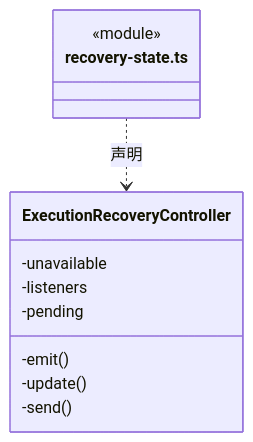
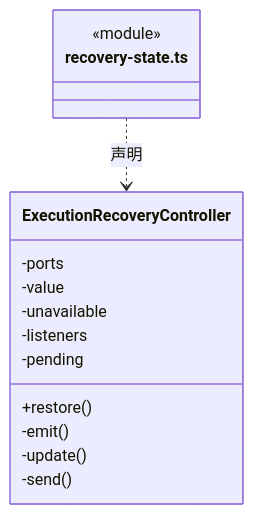
Diagram 26 of 56 in src/frontend/tasks/ARCHITECTURE.md (nan023062/cbim), drawn with Mermaid before and after one commit. The commit also changed other lines of this file and 21 other files, not shown here.

````diff
--- a/src/frontend/tasks/ARCHITECTURE.md
+++ b/src/frontend/tasks/ARCHITECTURE.md
@@ -558,15 +560,18 @@
 ```mermaid
 classDiagram
 class N_src_frontend_tasks_recovery_state_ts["recovery-state.ts"] {
   <<module>>
 }
 class N_src_frontend_tasks_recovery_state_ts_ExecutionRecoveryController["ExecutionRecoveryController"] {
+  +restore()
+  -ports
+  -value
   -unavailable
   -listeners
   -pending
   -emit()
   -update()
   -send()
 }
 N_src_frontend_tasks_recovery_state_ts ..> N_src_frontend_tasks_recovery_state_ts_ExecutionRecoveryController : 声明
 ```
````
